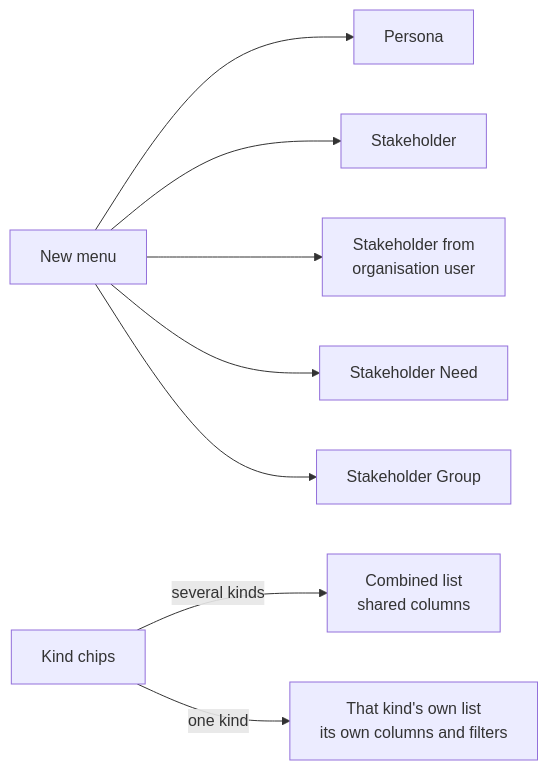
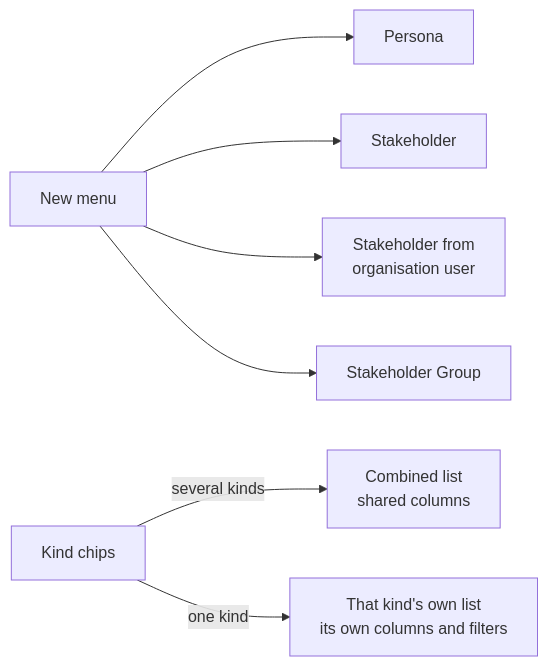
One commit to ballardr/reqtrackmanager changed the diagram in docs/website/docs/modules/stakeholders-personas-module/people-page.md. Above: the diagram before and after it, drawn with Mermaid. The commit also changed other lines of this file and 159 other files, not shown here.

````diff
--- a/docs/website/docs/modules/stakeholders-personas-module/people-page.md
+++ b/docs/website/docs/modules/stakeholders-personas-module/people-page.md
@@ -9,10 +9,9 @@
 ```mermaid
 flowchart LR
     NEW["New menu"] --> P["Persona"]
     NEW --> S["Stakeholder"]
     NEW --> SU["Stakeholder from<br/>organisation user"]
-    NEW --> N["Stakeholder Need"]
     NEW --> G["Stakeholder Group"]
     CH["Kind chips"] -->|several kinds| ALL["Combined list<br/>shared columns"]
     CH -->|one kind| OWN["That kind's own list<br/>its own columns and filters"]
 ```
````
